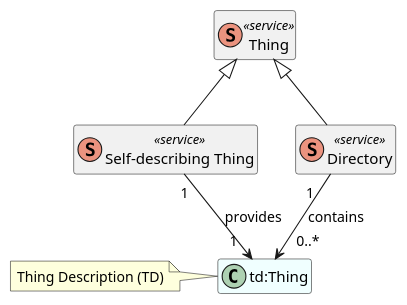
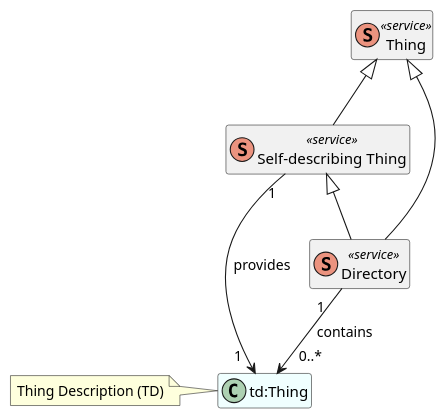
One commit to w3c/wot-discovery changed the diagram in images/exploration-class-diagram.puml. Above: the diagram before and after it, drawn with PlantUML. The commit also changed 1 other file, not shown here.

Commit message:
update exploration class diagram

```diff
--- a/images/exploration-class-diagram.puml
+++ b/images/exploration-class-diagram.puml
@@ -1,22 +1,23 @@
 @startuml exploration-class-diagram
 /' global configurations '/
 hide methods
 hide members
 
 class Thing <<(S,#eb937f) service>>
 together {
     class SelfDesc as "Self-describing Thing" <<(S,#eb937f) service>>
     class Directory <<(S,#eb937f) service>>
 }
 
 class TD as "td:Thing" #Azure
 note left: Thing Description (TD)
 
 /' relations '/
 Thing <|-- SelfDesc
 Thing <|-- Directory
+SelfDesc <|-- Directory
 SelfDesc "1" --> "1  " TD: provides
 Directory "1   " --> "   0..*" TD: contains
 
 
 @enduml
```
